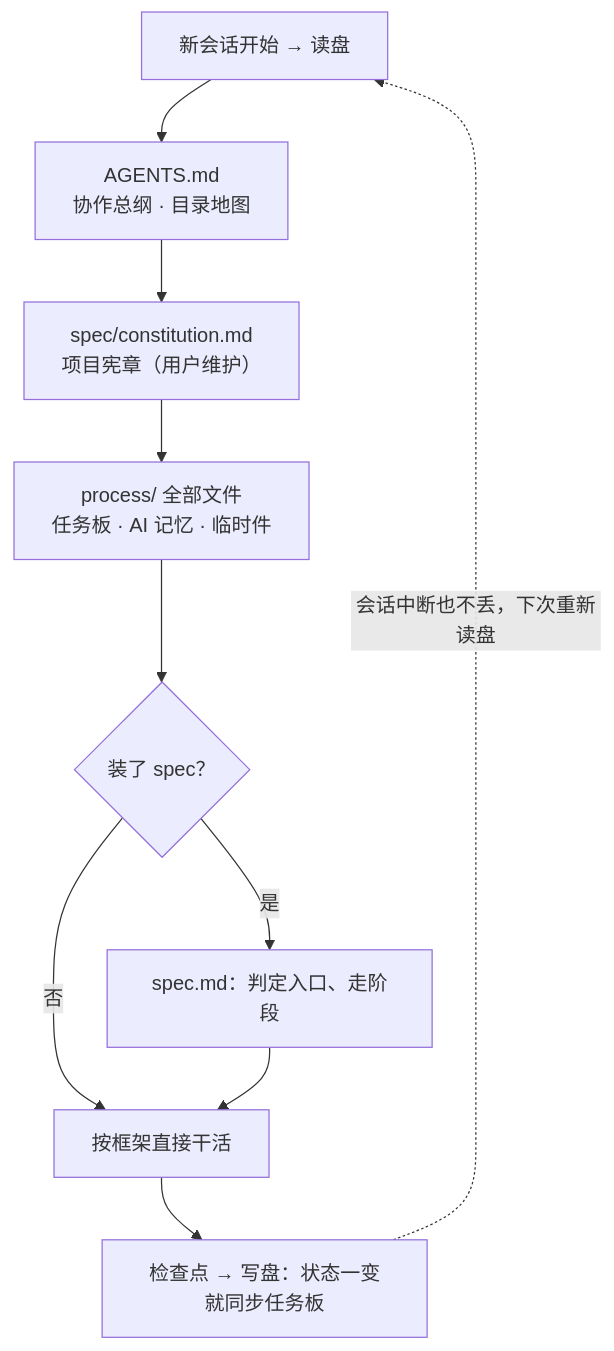
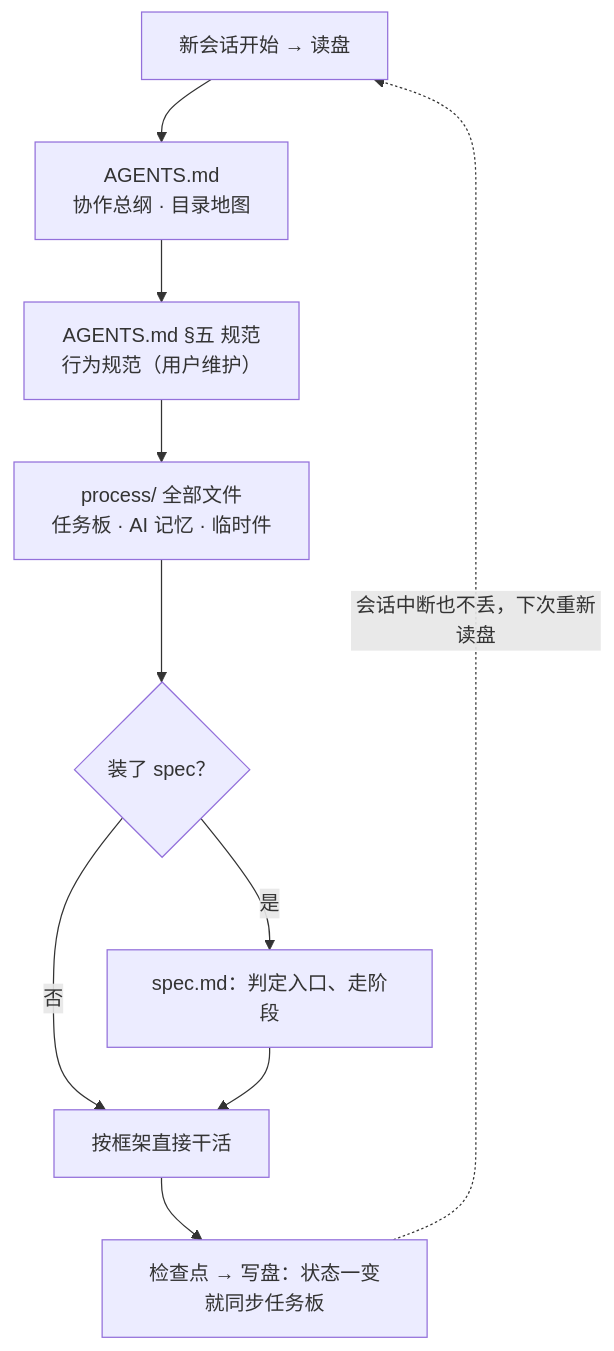
The first of 2 diagrams in README.md (The-Daybreaker/project-spec), drawn with Mermaid before and after one commit. The commit also changed other lines of this file and 12 other files, not shown here.

First line of the commit message:
docs: 决策 66/67 内容级联——规范归位 AGENTS.md §五、货架改同仓 preset-spec 口径

````diff
--- a/README.md
+++ b/README.md
@@ -39,12 +43,12 @@
 ```mermaid
 flowchart TD
   S["新会话开始 → 读盘"] --> A["AGENTS.md<br/>协作总纲 · 目录地图"]
-  A --> C["spec/constitution.md<br/>项目宪章（用户维护）"]
+  A --> C["AGENTS.md §五 规范<br/>行为规范（用户维护）"]
   C --> P["process/ 全部文件<br/>任务板 · AI 记忆 · 临时件"]
   P --> Q{"装了 spec？"}
   Q -- 是 --> F["spec.md：判定入口、走阶段"]
   Q -- 否 --> W["按框架直接干活"]
   F --> W
   W --> CP["检查点 → 写盘：状态一变就同步任务板"]
   CP -. "会话中断也不丢，下次重新读盘" .-> S
 ```
````
